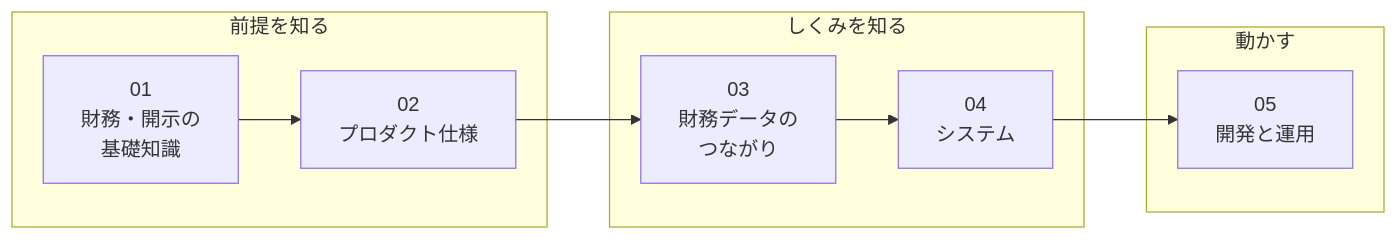
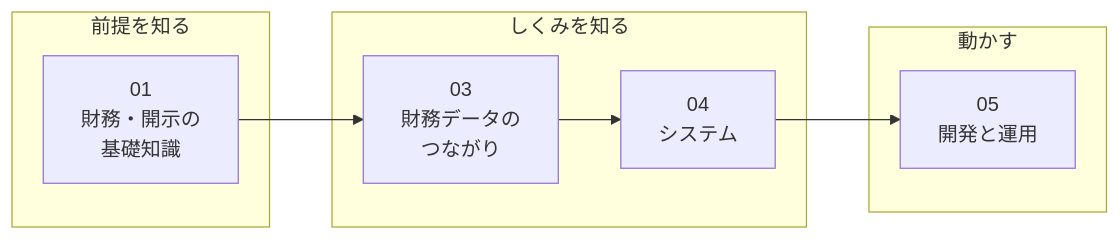
The diagram in docs/guide/README.md (shin4488/financial-statement), drawn with Mermaid before and after one commit. The commit also changed other lines of this file and 2 other files, not shown here.

Commit message:
docs: 短くなった02の補足仕様を01にまとめ、02を削除する

````diff
--- a/docs/guide/README.md
+++ b/docs/guide/README.md
@@ -5,14 +5,14 @@
 ```mermaid
 flowchart LR
     subgraph P["前提を知る"]
-        A["01<br>財務・開示の<br>基礎知識"] --> B["02<br>プロダクト仕様"]
+        A["01<br>財務・開示の<br>基礎知識"]
     end
     subgraph S["しくみを知る"]
         D["03<br>財務データの<br>つながり"] --> E["04<br>システム"]
     end
     subgraph U["動かす"]
         G["05<br>開発と運用"]
     end
-    B --> D
+    A --> D
     E --> G
 ```
````
